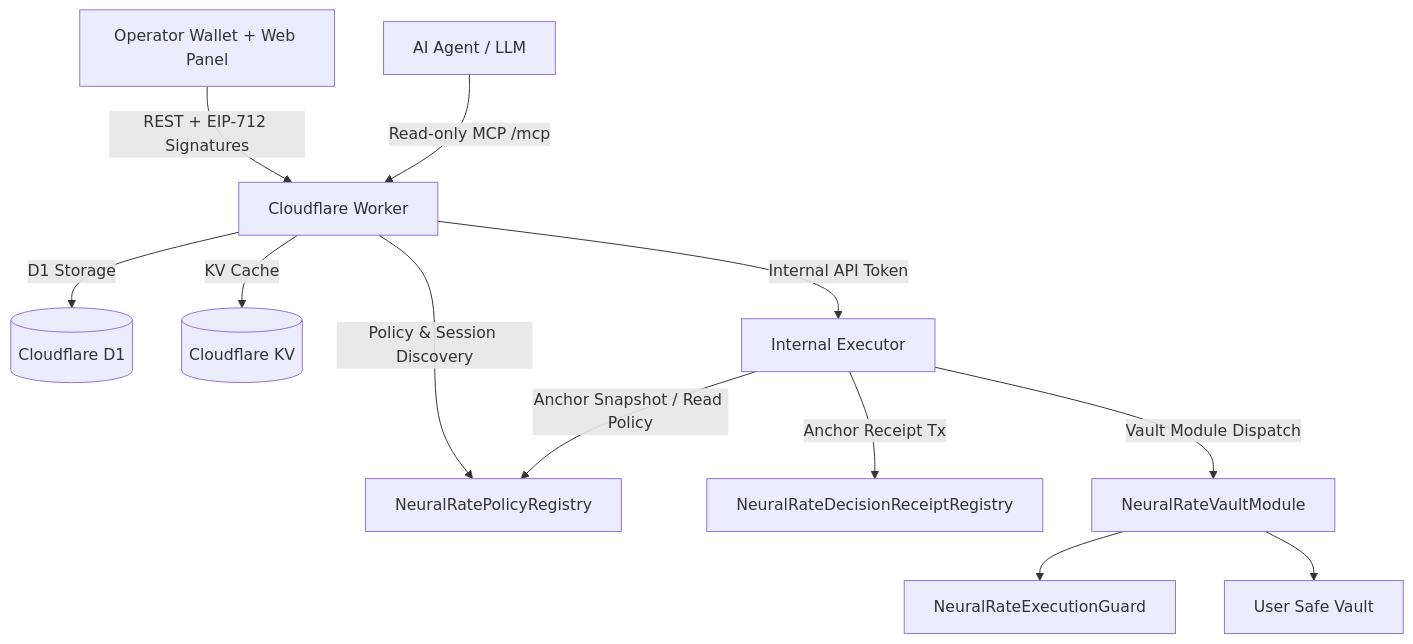
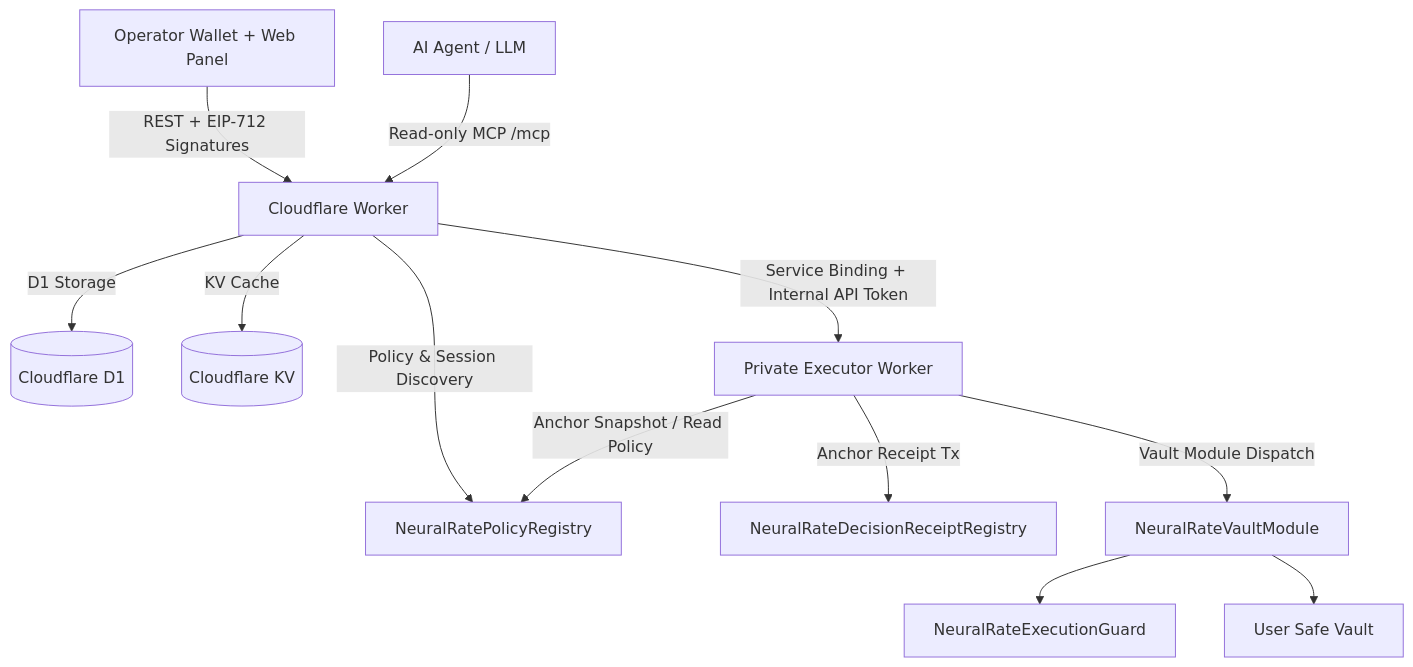
Before and after one commit to Lipe-lx/NeuralRate-MCP: the diagram in README.md, drawn with Mermaid. The commit also changed other lines of this file and 7 other files, not shown here.

````diff
--- a/README.md
+++ b/README.md
@@ -25,14 +25,14 @@
 ```mermaid
 graph TD
     User[Operator Wallet + Web Panel] -->|REST + EIP-712 Signatures| Worker[Cloudflare Worker]
     Agent[AI Agent / LLM] -->|Read-only MCP /mcp| Worker
     Worker -->|D1 Storage| D1[(Cloudflare D1)]
     Worker -->|KV Cache| KV[(Cloudflare KV)]
-    Worker -->|Internal API Token| Executor[Internal Executor]
+    Worker -->|Service Binding + Internal API Token| Executor[Private Executor Worker]
     Worker -->|Policy & Session Discovery| PolicyRegistry[NeuralRatePolicyRegistry]
     Executor -->|Anchor Snapshot / Read Policy| PolicyRegistry
     Executor -->|Anchor Receipt Tx| ReceiptRegistry[NeuralRateDecisionReceiptRegistry]
     Executor -->|Vault Module Dispatch| VaultModule[NeuralRateVaultModule]
     VaultModule --> Guard[NeuralRateExecutionGuard]
     VaultModule --> Safe[User Safe Vault]
 ```
````
